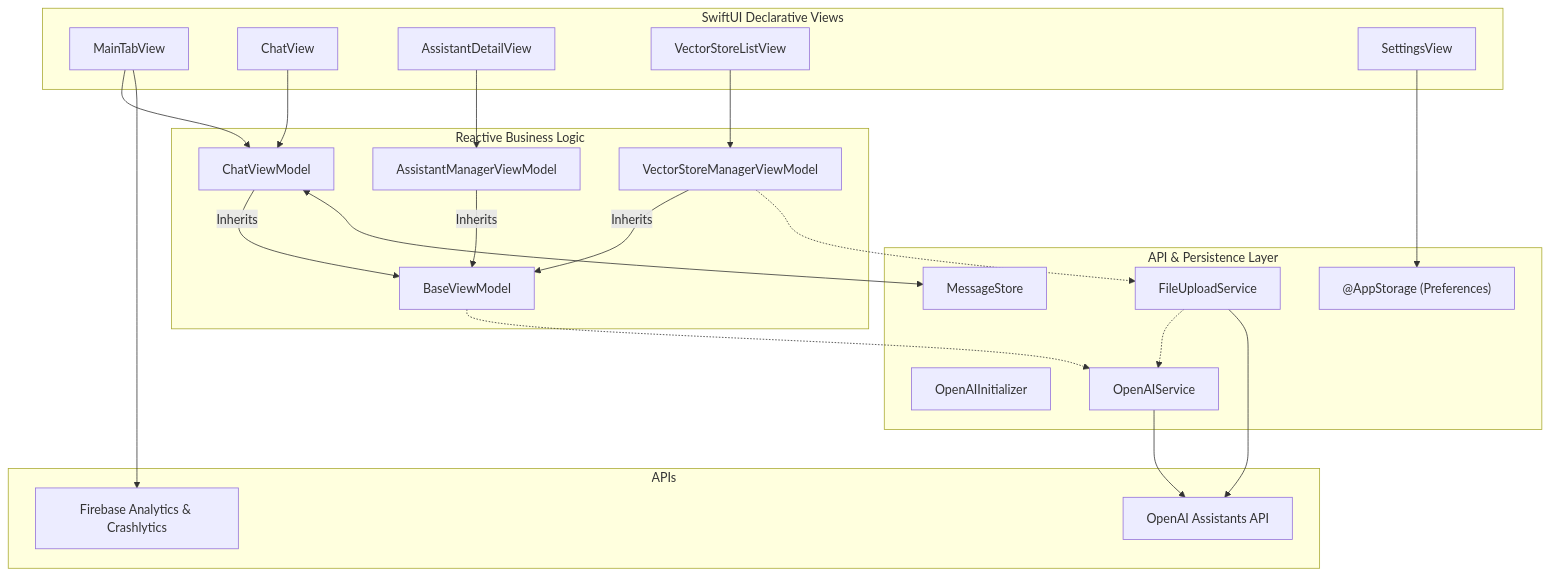
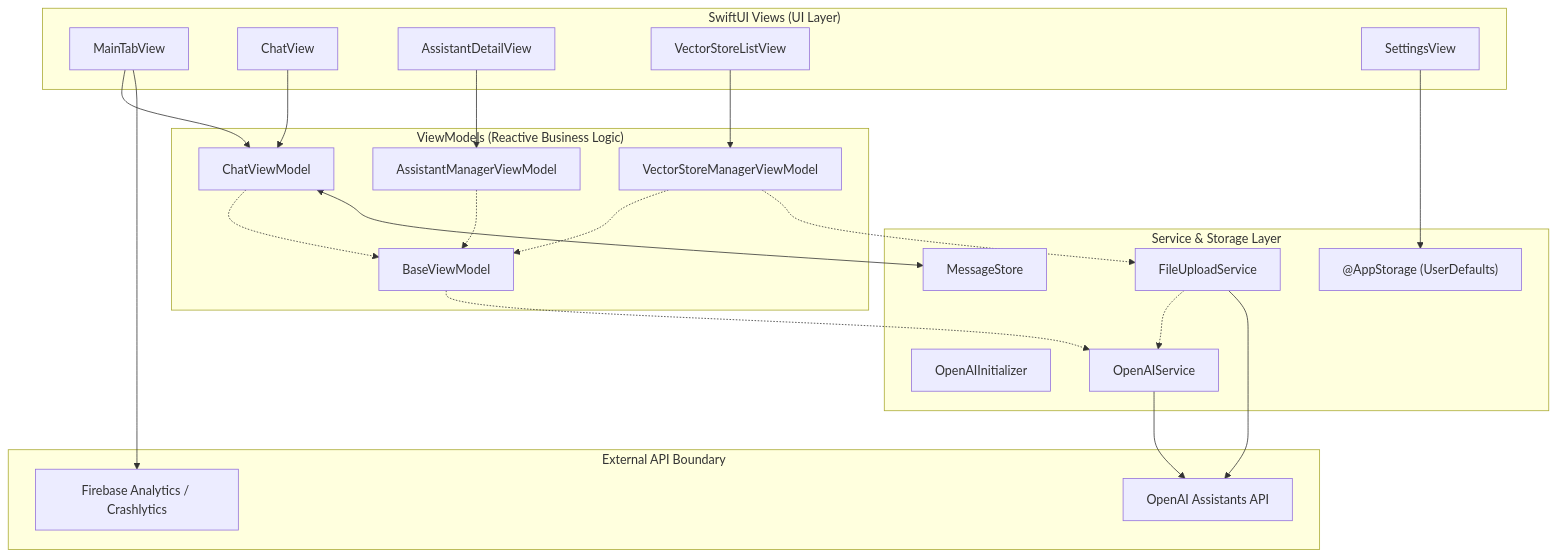
One commit to Gunnarguy/OpenAssistant changed the second of 4 diagrams in README.md. Above: the diagram before and after it, drawn with Mermaid. The commit also changed other lines of this file and 15 other files, not shown here.

````diff
--- a/README.md
+++ b/README.md
@@ -68,52 +101,51 @@
 ```mermaid
-graph TD
-    subgraph Views [SwiftUI Declarative Views]
+flowchart TD
+    subgraph UI ["SwiftUI Views (UI Layer)"]
         V_Tab[MainTabView]
         V_Chat[ChatView]
-        V_Detail[AssistantDetailView]
+        V_Asst[AssistantDetailView]
         V_Vector[VectorStoreListView]
         V_Settings[SettingsView]
     end
 
-    subgraph ViewModels [Reactive Business Logic]
+    subgraph VM ["ViewModels (Reactive Business Logic)"]
         VM_Base[BaseViewModel]
         VM_Chat[ChatViewModel]
         VM_Asst[AssistantManagerViewModel]
         VM_Vector[VectorStoreManagerViewModel]
     end
 
-    subgraph Services [API & Persistence Layer]
+    subgraph Services ["Service & Storage Layer"]
         S_Init[OpenAIInitializer]
         S_API[OpenAIService]
         S_Upload[FileUploadService]
         P_Message[MessageStore]
-        P_Storage["@AppStorage (Preferences)"]
+        P_Storage["@AppStorage (UserDefaults)"]
     end
 
-    subgraph External [APIs]
+    subgraph Boundary ["External API Boundary"]
         E_OpenAI[OpenAI Assistants API]
-        E_Firebase[Firebase Analytics & Crashlytics]
+        E_Firebase[Firebase Analytics / Crashlytics]
     end
 
-    %% View to VM bindings
+    %% Bindings
     V_Tab --> VM_Chat
     V_Chat --> VM_Chat
-    V_Detail --> VM_Asst
+    V_Asst --> VM_Asst
     V_Vector --> VM_Vector
     V_Settings --> P_Storage
     
-    VM_Chat -- Inherits --> VM_Base
-    VM_Asst -- Inherits --> VM_Base
-    VM_Vector -- Inherits --> VM_Base
+    VM_Chat -.-> VM_Base
+    VM_Asst -.-> VM_Base
+    VM_Vector -.-> VM_Base
     
-    %% VM to Service interactions
     VM_Base -.-> S_API
     VM_Chat <--> P_Message
     VM_Vector -.-> S_Upload
     S_Upload -.-> S_API
     
-    %% Service to API
+    %% API connections
     S_API --> E_OpenAI
     S_Upload --> E_OpenAI
     V_Tab --> E_Firebase
 ```
````
